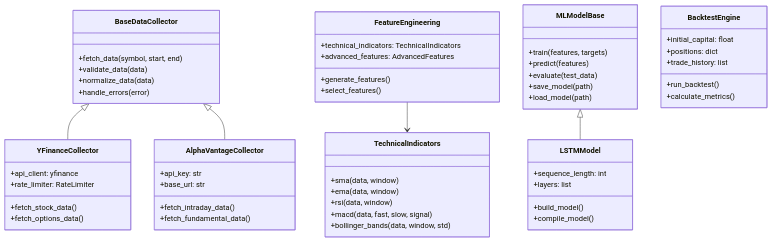
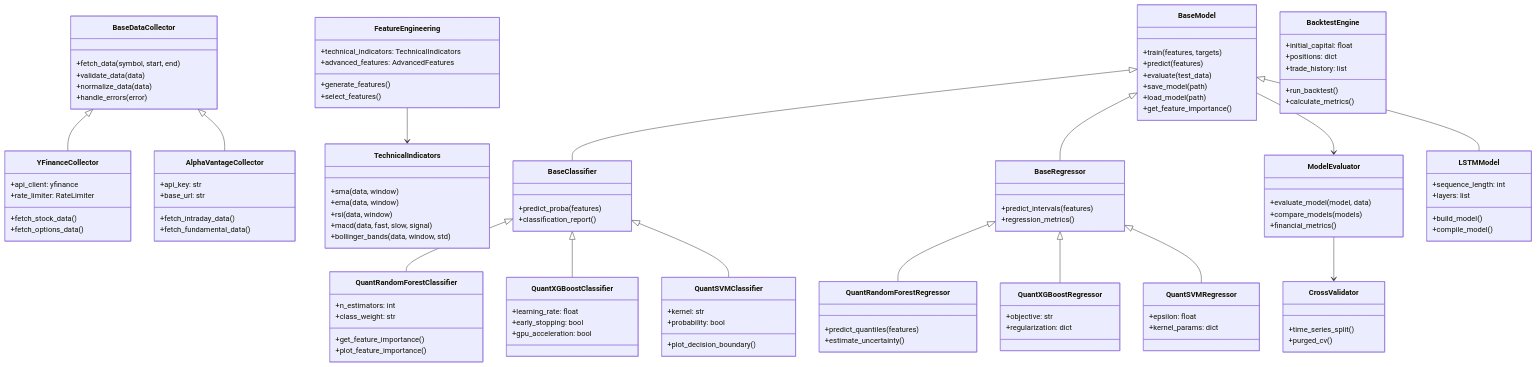
One commit to yf591/quant-analytics-tool changed diagram 21 of 26 in Architecture_&_Visual_Reference.md. Above: the diagram before and after it, drawn with Mermaid. The commit also changed other lines of this file and 1 other file, not shown here.

Commit message:
Update documentation: Reflect Week 8 Deep Learning Models completion
- Update README.md: Mark Deep Learning Models as implemented
- Update Architecture_&_Visual_Reference.md: Reflect current implementation status
- Update technology stack diagrams with completed ML models
- Update project structure to show implemented deep learning components
- Update Phase 3 progress to show Deep Learning completion

````diff
--- a/Architecture_&_Visual_Reference.md
+++ b/Architecture_&_Visual_Reference.md
@@ -905,12 +924,68 @@
         +bollinger_bands(data, window, std)
     }
     
-    class MLModelBase {
+    class BaseModel {
         +train(features, targets)
         +predict(features)
         +evaluate(test_data)
         +save_model(path)
         +load_model(path)
+        +get_feature_importance()
+    }
+    
+    class BaseClassifier {
+        +predict_proba(features)
+        +classification_report()
+    }
+    
+    class BaseRegressor {
+        +predict_intervals(features)
+        +regression_metrics()
+    }
+    
+    class QuantRandomForestClassifier {
+        +n_estimators: int
+        +class_weight: str
+        +get_feature_importance()
+        +plot_feature_importance()
+    }
+    
+    class QuantRandomForestRegressor {
+        +predict_quantiles(features)
+        +estimate_uncertainty()
+    }
+    
+    class QuantXGBoostClassifier {
+        +learning_rate: float
+        +early_stopping: bool
+        +gpu_acceleration: bool
+    }
+    
+    class QuantXGBoostRegressor {
+        +objective: str
+        +regularization: dict
+    }
+    
+    class QuantSVMClassifier {
+        +kernel: str
+        +probability: bool
+        +plot_decision_boundary()
+    }
+    
+    class QuantSVMRegressor {
+        +epsilon: float
+        +kernel_params: dict
+    }
+    
+    class ModelEvaluator {
+        +evaluate_model(model, data)
+        +compare_models(models)
+        +financial_metrics()
+    }
+    
+    class CrossValidator {
+        +time_series_split()
+        +purged_cv()
     }
     
     class LSTMModel {
@@ -930,6 +1005,21 @@
     
     BaseDataCollector <|-- YFinanceCollector
     BaseDataCollector <|-- AlphaVantageCollector
-    MLModelBase <|-- LSTMModel
+    
+    BaseModel <|-- BaseClassifier
+    BaseModel <|-- BaseRegressor
+    
+    BaseClassifier <|-- QuantRandomForestClassifier
+    BaseClassifier <|-- QuantXGBoostClassifier
+    BaseClassifier <|-- QuantSVMClassifier
+    
+    BaseRegressor <|-- QuantRandomForestRegressor
+    BaseRegressor <|-- QuantXGBoostRegressor
+    BaseRegressor <|-- QuantSVMRegressor
+    
+    BaseModel <|-- LSTMModel
+    
     FeatureEngineering --> TechnicalIndicators
+    BaseModel --> ModelEvaluator
+    ModelEvaluator --> CrossValidator
 ```
````
